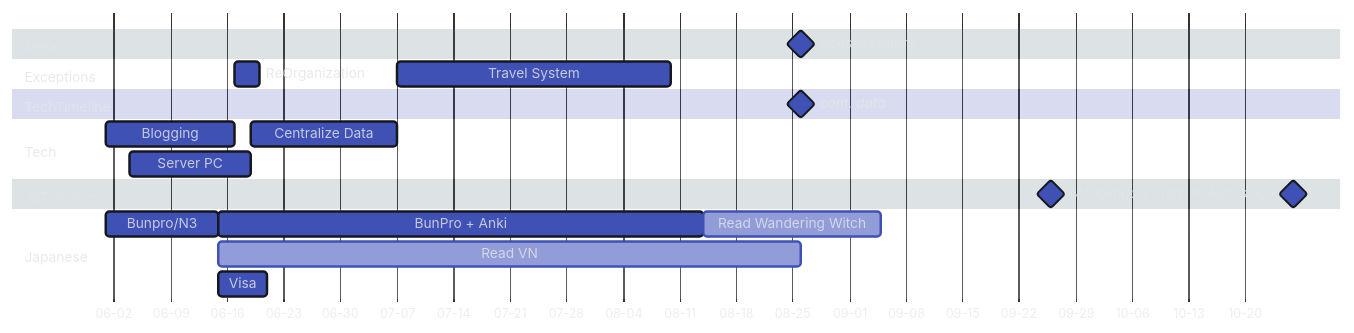
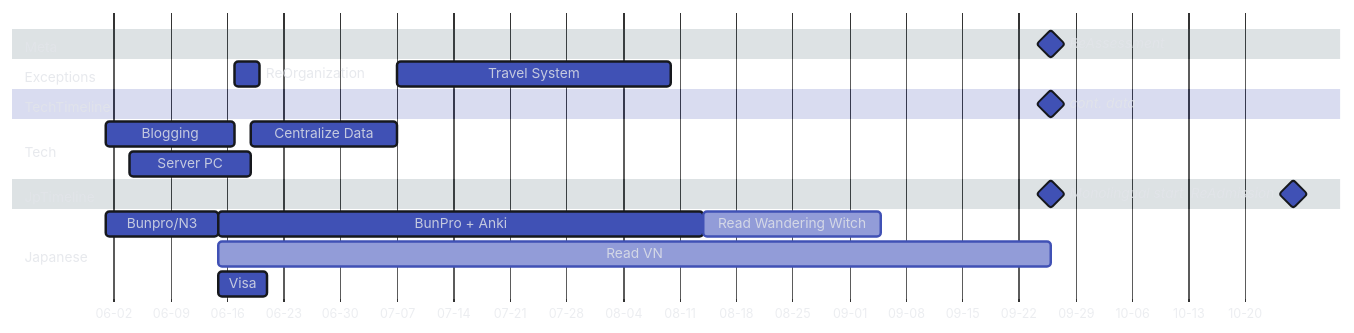
One commit to Serralq/Project-Norn changed the first of 2 diagrams in docs/index.md. Above: the diagram before and after it, drawn with Mermaid.

Commit message:
Complete reassessment

````diff
--- a/docs/index.md
+++ b/docs/index.md
@@ -34,47 +34,47 @@
     ``` mermaid
     ---
     displayMode: compact
     ---
     %%{
       init: {
         'theme': 'base',
         'themeVariables': {
           'darkMode': 'true',
           'fontFamily': 'hermit',
           'primaryColor': '#4051b5',
           'primaryBorderColor': '#16181D',
           'tertiaryColor': '#546d78',
           'tertiaryTextColor': '#E2E4E9D1',
           'textColor': '#E2E4E9D1',
           'noteTextColor': '#E2E4E9D1'
         }
       }
     }%%
     gantt
       dateFormat YY-MM-DD
       axisFormat %m-%d
       tickInterval 1week
       todayMarker stroke-width:3px,stroke:#E2E4E9,opacity:0.5
       section Meta
-        ReAssessment              :milestone,  m1, 24-08-26, 0d
+        ReAssessment              :milestone,  m1, 24-09-26, 0d
       section Exceptions
         ReOrganization            :            m3 , 24-06-17, 24-06-20
         Travel System             :            m4 , 24-07-07, 24-08-10
       section TechTimeline
         cont. data                    :milestone,  t4 , after m1, 0d
       section Tech
         Blogging                  :            t1 , 24-06-01, 24-06-17
         Server PC                 :            t2 , 24-06-04, 24-06-19
         Centralize Data           :            t3 , 24-06-19, 24-07-07
       section JpTimeline
         Monolingual start         :milestone,  j11, 24-09-26, 0d
         ReAdmission               :milestone,  j10, 24-10-26, 0d
       section Japanese
         Bunpro/N3                 :            j1 , 24-06-01, 24-06-15
         BunPro + Anki             :            j2 , after j1, 24-08-14
         Read VN                   :active,     j3 , after j1, until m1
         Visa                      :            j4 , 24-06-15, 24-06-21
         Read Wandering Witch      :active,     j5 , 24-08-14, 24-09-05
         %% Futures
       section Stationaries
     ```
````
